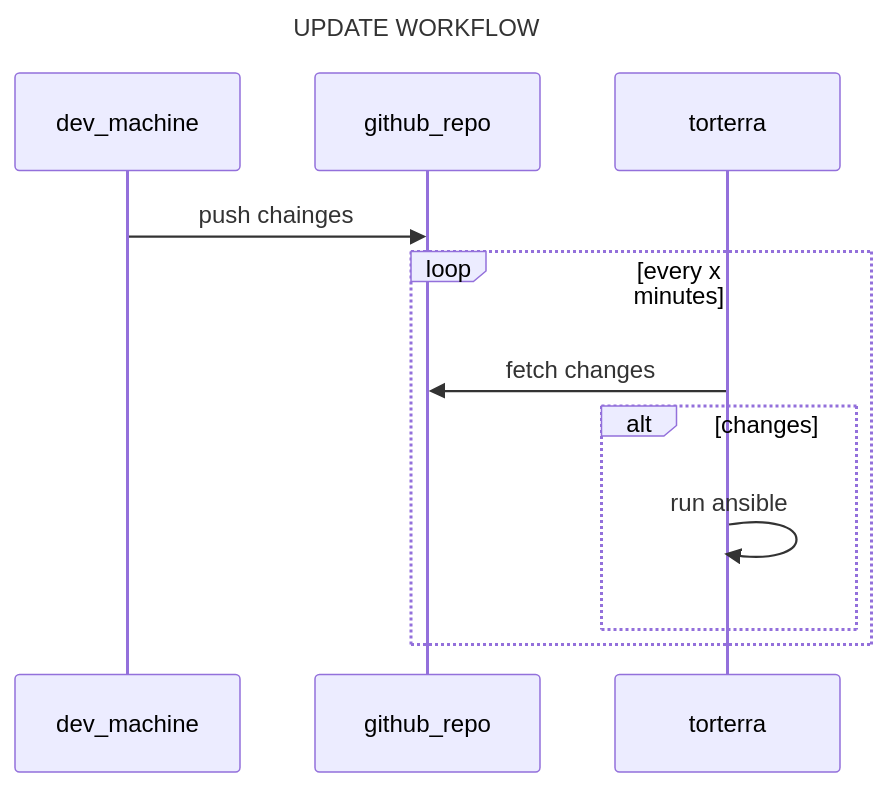
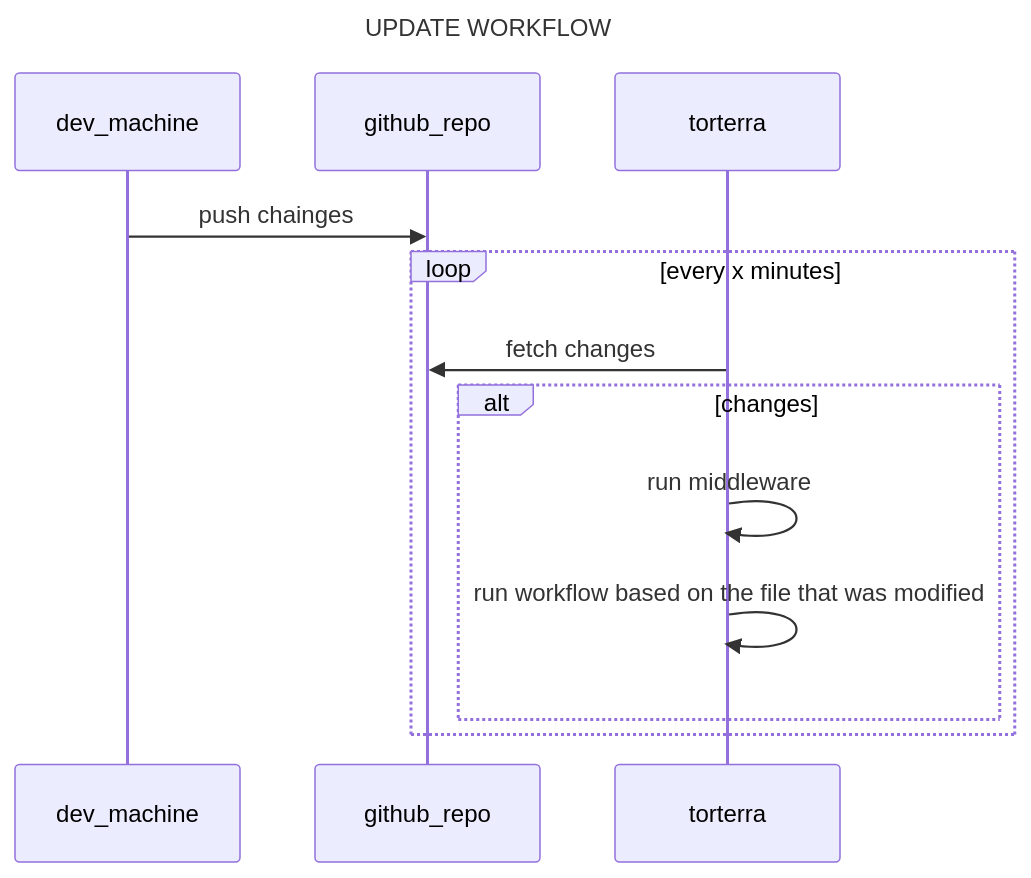
Before and after one commit to carnivuth/labcraft: the seventh of 7 diagrams in readme.md, drawn with Mermaid. The commit also changed other lines of this file, not shown here.

````diff
--- a/readme.md
+++ b/readme.md
@@ -204,17 +204,18 @@
 ```mermaid
 ---
 title: UPDATE WORKFLOW
 ---
 sequenceDiagram
 participant dev_machine
 participant github_repo
 participant torterra
 
 dev_machine ->> github_repo: push chainges
 loop every x minutes
 torterra ->> github_repo: fetch changes
 alt changes
-torterra ->> torterra: run ansible
+torterra ->> torterra: run middleware
+torterra ->> torterra: run workflow based on the file that was modified
 end
 end
 ```
````
